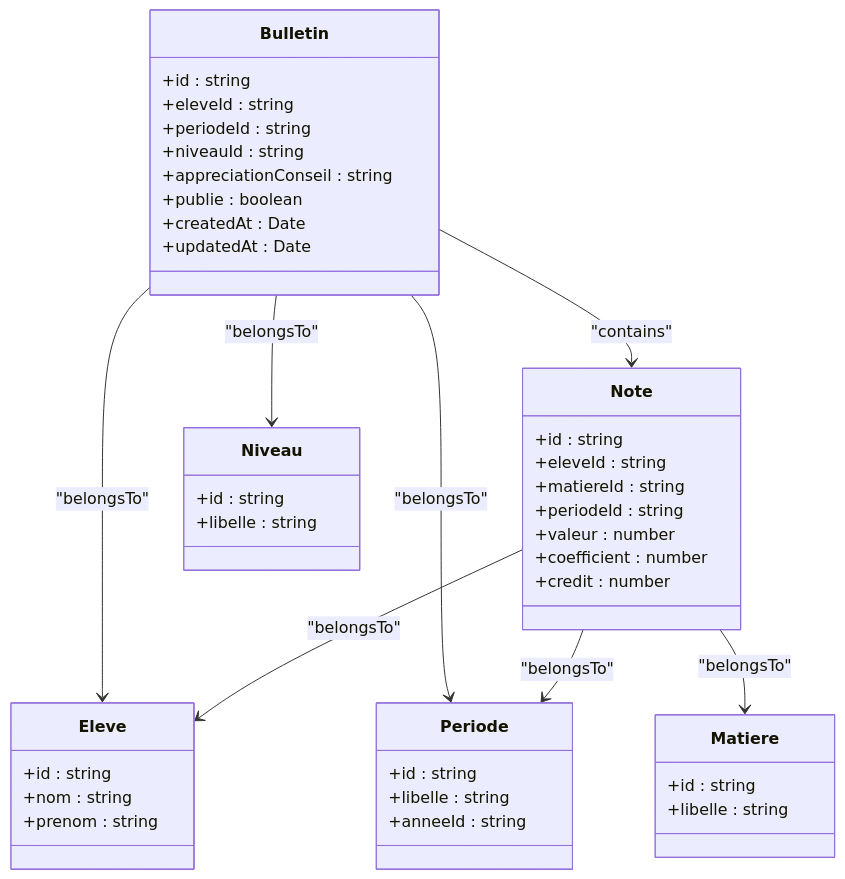
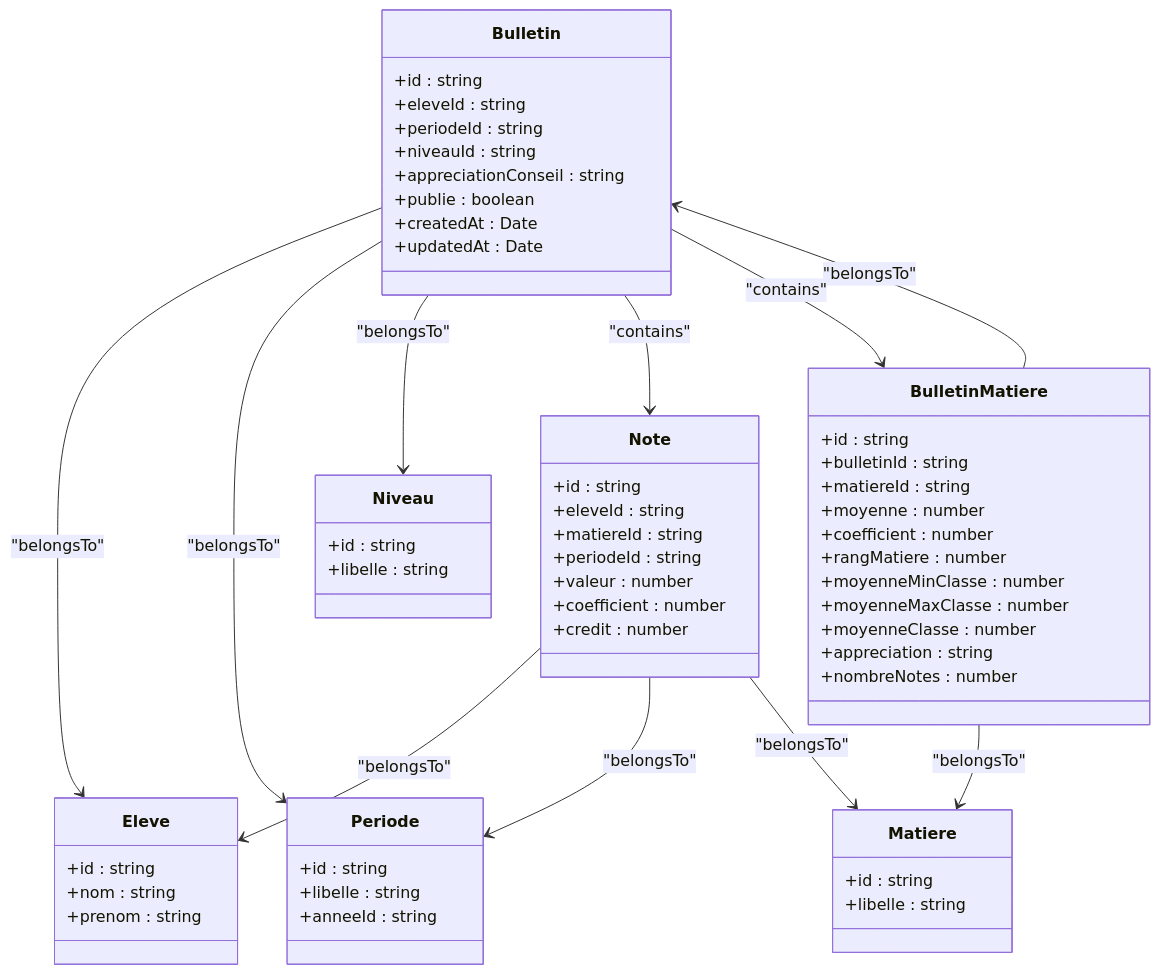
One commit to franckylab/eLISAschool changed the third of 9 diagrams in .qoder/repowiki/en/content/Modules & Features/Academic Modules/Grading System & Bulletins.md. Above: the diagram before and after it, drawn with Mermaid. The commit also changed other lines of this file and 53 other files, not shown here.

````diff
--- a/.qoder/repowiki/en/content/Modules & Features/Academic Modules/Grading System & Bulletins.md
+++ b/.qoder/repowiki/en/content/Modules & Features/Academic Modules/Grading System & Bulletins.md
@@ -287,47 +337,63 @@
 ```mermaid
 classDiagram
 class Bulletin {
 +id : string
 +eleveId : string
 +periodeId : string
 +niveauId : string
 +appreciationConseil : string
 +publie : boolean
 +createdAt : Date
 +updatedAt : Date
+}
+class BulletinMatiere {
++id : string
++bulletinId : string
++matiereId : string
++moyenne : number
++coefficient : number
++rangMatiere : number
++moyenneMinClasse : number
++moyenneMaxClasse : number
++moyenneClasse : number
++appreciation : string
++nombreNotes : number
 }
 class Note {
 +id : string
 +eleveId : string
 +matiereId : string
 +periodeId : string
 +valeur : number
 +coefficient : number
 +credit : number
 }
 class Eleve {
 +id : string
 +nom : string
 +prenom : string
 }
 class Periode {
 +id : string
 +libelle : string
 +anneeId : string
 }
 class Niveau {
 +id : string
 +libelle : string
 }
 class Matiere {
 +id : string
 +libelle : string
 }
 Bulletin --> Eleve : "belongsTo"
 Bulletin --> Periode : "belongsTo"
 Bulletin --> Niveau : "belongsTo"
+BulletinMatiere --> Bulletin : "belongsTo"
+BulletinMatiere --> Matiere : "belongsTo"
 Note --> Eleve : "belongsTo"
 Note --> Periode : "belongsTo"
 Note --> Matiere : "belongsTo"
 Bulletin --> Note : "contains"
+Bulletin --> BulletinMatiere : "contains"
 ```
````
